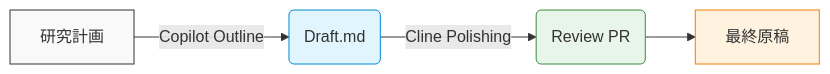
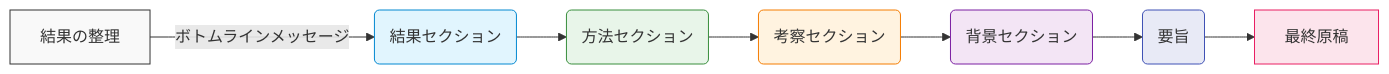
The diagram in README.md (SRWS-PSG/writing_with_ai), drawn with Mermaid before and after one commit. The commit also changed other lines of this file and 3 other files, not shown here.

````diff
--- a/README.md
+++ b/README.md
@@ -9,11 +9,17 @@
 ```mermaid
 graph LR
-  A[研究計画] -->|Copilot Outline| B(Draft.md)
-  B -->|Cline Polishing| C(Review PR)
-  C --> D[最終原稿]
+  A[結果の整理] -->|ボトムラインメッセージ| B(結果セクション)
+  B --> C(方法セクション)
+  C --> D(考察セクション)
+  D --> E(背景セクション)
+  E --> F(要旨)
+  F --> G[最終原稿]
   
   style A fill:#f9f9f9,stroke:#333,stroke-width:1px
   style B fill:#e1f5fe,stroke:#0288d1,stroke-width:1px
   style C fill:#e8f5e9,stroke:#388e3c,stroke-width:1px
   style D fill:#fff3e0,stroke:#f57c00,stroke-width:1px
+  style E fill:#f3e5f5,stroke:#7b1fa2,stroke-width:1px
+  style F fill:#e8eaf6,stroke:#3f51b5,stroke-width:1px
+  style G fill:#fce4ec,stroke:#e91e63,stroke-width:1px
 ```
````
